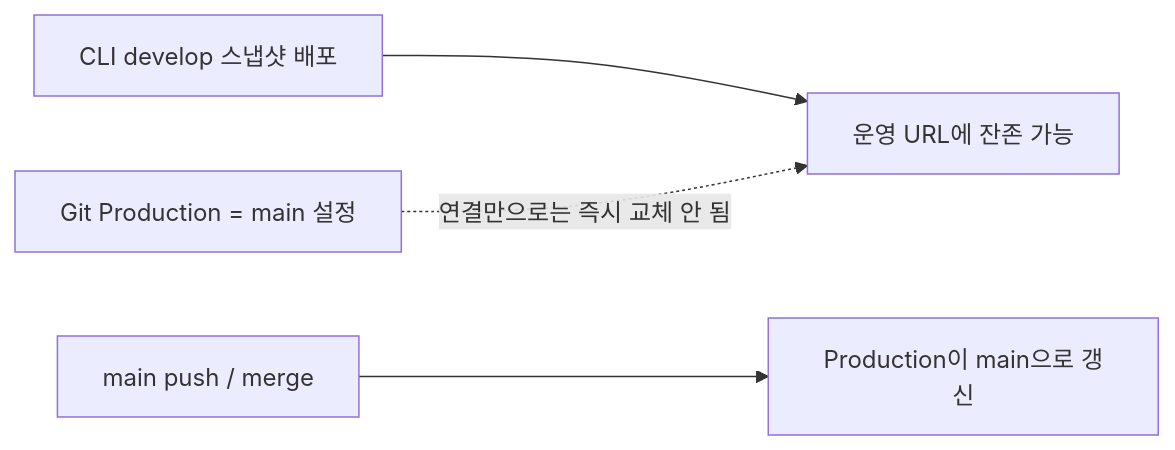
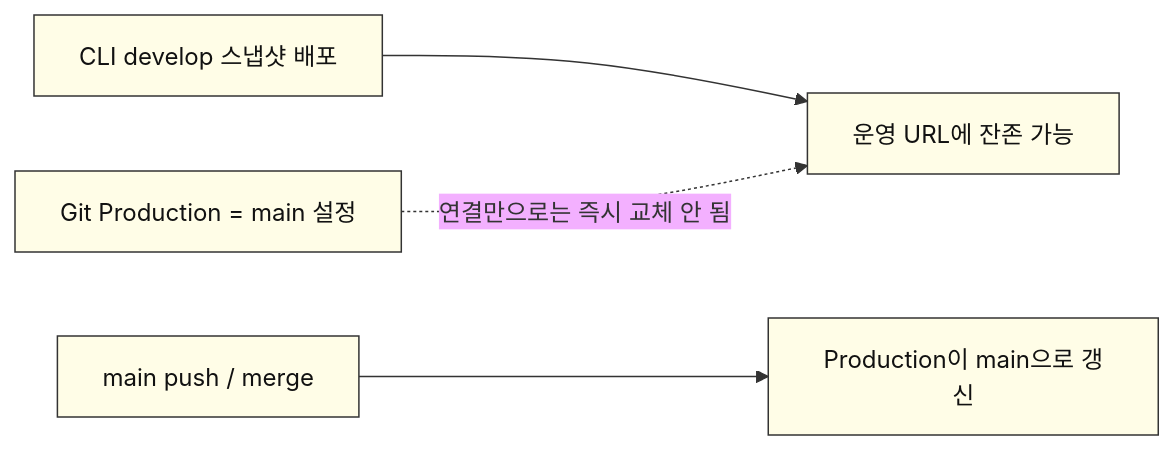
The second of 5 diagrams in docs/vercel-deploy-team-notice.md (SpartaValueHub/ValueHub-FE), drawn with Mermaid before and after one commit. The commit also changed other lines of this file, not shown here.

Commit message:
docs: Mermaid 스타일 정리 및 렌더 안내 추가

````diff
--- a/docs/vercel-deploy-team-notice.md
+++ b/docs/vercel-deploy-team-notice.md
@@ -63,6 +87,9 @@
 ```mermaid
+%%{init: {"theme":"base","themeVariables":{"primaryColor":"#FFF3B0","primaryBorderColor":"#333","lineColor":"#333","clusterBkg":"#FFF3B0"}}}%%
 flowchart LR
   A["CLI develop 스냅샷 배포"] --> B["운영 URL에 잔존 가능"]
   C["Git Production = main 설정"] -.->|연결만으로는 즉시 교체 안 됨| B
   D["main push / merge"] --> E["Production이 main으로 갱신"]
+  classDef node fill:#FFFDE7,stroke:#333,color:#111;
+  class A,B,C,D,E node;
 ```
````
